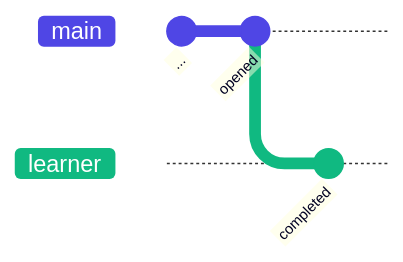
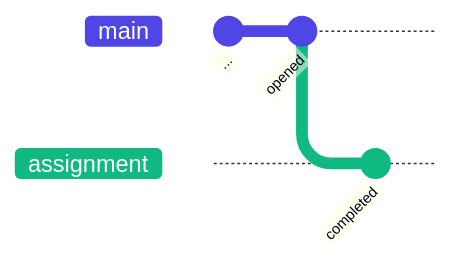
One commit to d33bs/set-website changed the second of 4 diagrams in _posts/2023-02-13-Branch-Review-and-Learn.md. Above: the diagram before and after it, drawn with Mermaid. The commit also changed other lines of this file, not shown here.

Commit message:
student and assignment language updates

```diff
--- a/_posts/2023-02-13-Branch-Review-and-Learn.md
+++ b/_posts/2023-02-13-Branch-Review-and-Learn.md
@@ -59,14 +59,14 @@
 <pre class="mermaid">
 %%{init: { 'logLevel': 'debug', 'theme': 'default' , 'themeVariables': {
       'git0': '#4F46E5',
       'git1': '#10B981',
       'gitBranchLabel1': '#ffffff'
 } } }%%
     gitGraph
        commit id: "..."
        commit id: "opened"
-       branch learner
-       checkout learner
+       branch assignment
+       checkout assignment
        commit id: "completed"
        checkout main
 </pre>
```
